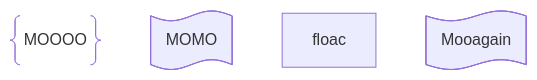
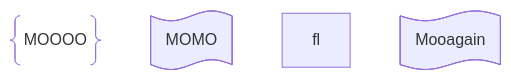
One commit to gerbssusd/dok changed the diagram in slides.md. Above: the diagram before and after it, drawn with Mermaid.

````diff
--- a/slides.md
+++ b/slides.md
@@ -217,9 +217,9 @@
 ```mermaid
 flowchart TD
     A@{ shape: braces, label: "MOOOO" }
     B@{ shape: flag, label: "MOMO"}
-floac
+fl
     C@{ shape: flag, label: "Mooagain"}
 
 
 ```
````
